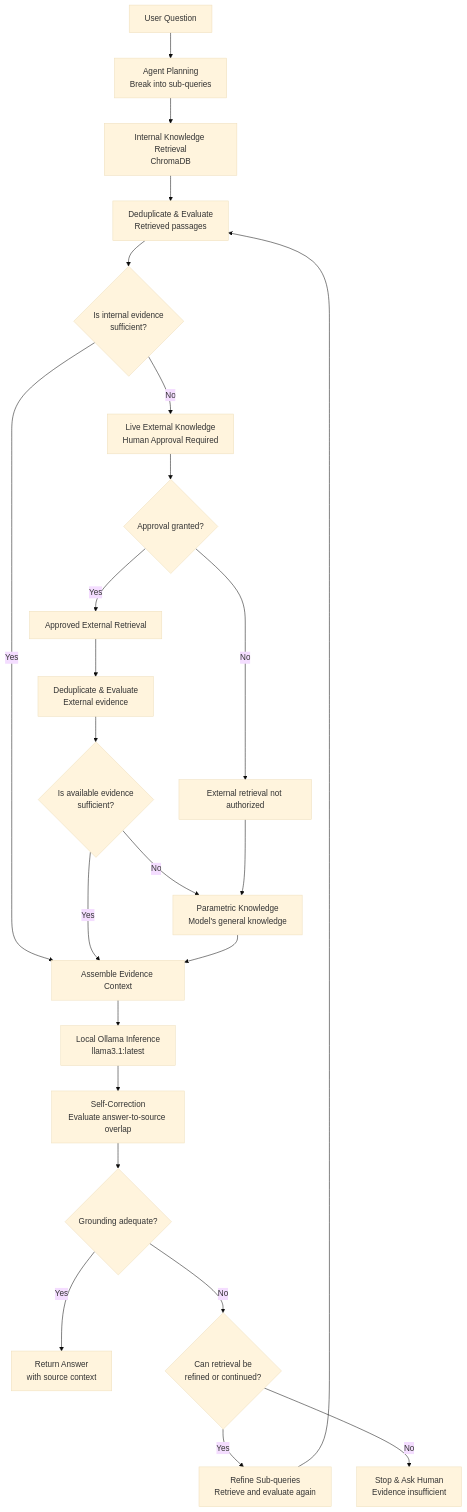
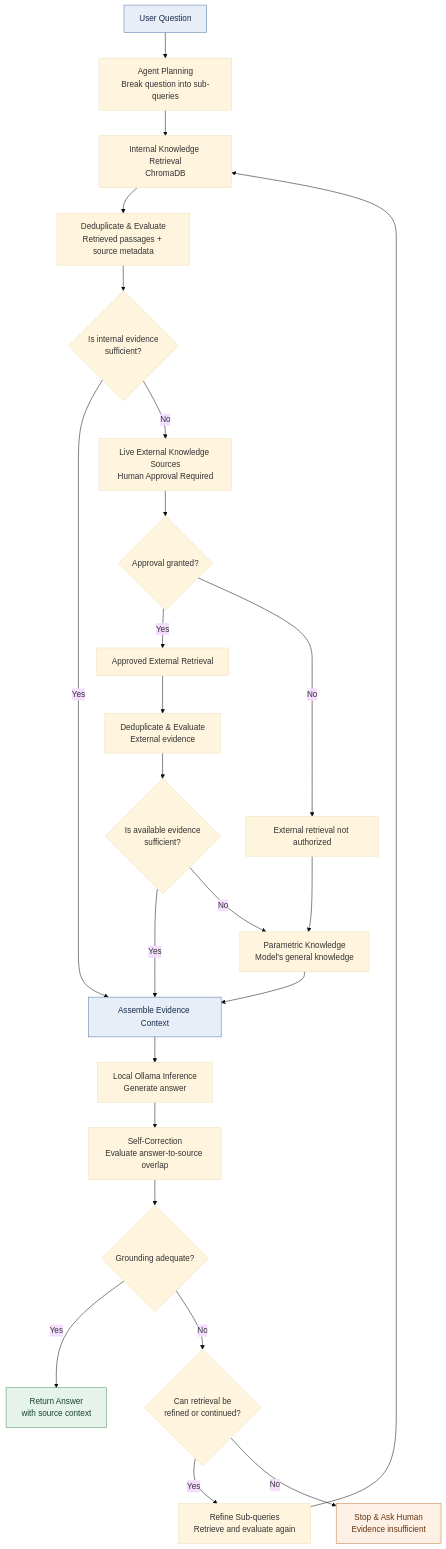
One commit to panxiaoyan225-sudo/Agentic_RAG_Pipeline changed the second of 2 diagrams in README.MD. Above: the diagram before and after it, drawn with Mermaid (base theme). The commit also changed 1 other file, not shown here.

Commit message:
How the Agent Is Instructed & Governed

````diff
--- a/README.MD
+++ b/README.MD
@@ -31,33 +31,39 @@
 ```mermaid
 flowchart TD
-    UQ["User Question"] --> AP["Agent Planning<br>Break into sub-queries"]
-    AP --> IK["Internal Knowledge Retrieval<br>ChromaDB"]
-    IK --> DE["Deduplicate & Evaluate<br>Retrieved passages"]
-    DE --> Q1{"Is internal evidence<br>sufficient?"}
+    A["User Question"] --> B["Agent Planning<br/>Break question into sub-queries"]
+    B --> C["Internal Knowledge Retrieval<br/>ChromaDB"]
+    C --> D["Deduplicate & Evaluate<br/>Retrieved passages + source metadata"]
 
-    Q1 -- "Yes" --> AC["Assemble Evidence Context"]
-    Q1 -- "No" --> EK["Live External Knowledge<br>Human Approval Required"]
+    D --> E{"Is internal evidence<br/>sufficient?"}
 
-    EK --> APP{"Approval granted?"}
-    APP -- "Yes" --> AER["Approved External Retrieval"]
-    APP -- "No" --> ENA["External retrieval not authorized"]
+    E -->|Yes| H["Assemble Evidence Context"]
+    E -->|No| F["Live External Knowledge Sources<br/>Human Approval Required"]
 
-    AER --> DEE["Deduplicate & Evaluate<br>External evidence"]
-    DEE --> Q2{"Is available evidence<br>sufficient?"}
+    F --> G{"Approval granted?"}
+    G -->|Yes| I["Approved External Retrieval"]
+    G -->|No| J["External retrieval not authorized"]
 
-    Q2 -- "Yes" --> AC
-    Q2 -- "No" --> PK["Parametric Knowledge<br>Model's general knowledge"]
-    ENA --> PK
-    PK --> AC
+    I --> K["Deduplicate & Evaluate<br/>External evidence"]
+    K --> L{"Is available evidence<br/>sufficient?"}
 
-    AC --> OI["Local Ollama Inference<br>llama3.1:latest"]
-    OI --> SC["Self-Correction<br>Evaluate answer-to-source overlap"]
-    SC --> Q3{"Grounding adequate?"}
+    J --> M["Parametric Knowledge<br/>Model's general knowledge"]
+    L -->|Yes| H
+    L -->|No| M
 
-    Q3 -- "Yes" --> RA["Return Answer<br>with source context"]
-    Q3 -- "No" --> Q4{"Can retrieval be<br>refined or continued?"}
+    M --> H
+    H --> N["Local Ollama Inference<br/>Generate answer"]
+    N --> O["Self-Correction<br/>Evaluate answer-to-source overlap"]
+    O --> P{"Grounding adequate?"}
 
-    Q4 -- "Yes" --> RQ["Refine Sub-queries<br>Retrieve and evaluate again"]
-    RQ --> DE
-    Q4 -- "No" --> ST["Stop & Ask Human<br>Evidence insufficient"]
+    P -->|Yes| Q["Return Answer<br/>with source context"]
+    P -->|No| R{"Can retrieval be<br/>refined or continued?"}
+
+    R -->|Yes| S["Refine Sub-queries<br/>Retrieve and evaluate again"]
+    S --> C
+    R -->|No| T["Stop & Ask Human<br/>Evidence insufficient"]
+
+    style A fill:#e8eef8,stroke:#5276a8,color:#172b4d
+    style Q fill:#e6f3eb,stroke:#4c8b63,color:#17452b
+    style T fill:#fff0e5,stroke:#c47a3b,color:#653512
+    style H fill:#e8eef8,stroke:#5276a8,color:#172b4d
 ```
````
